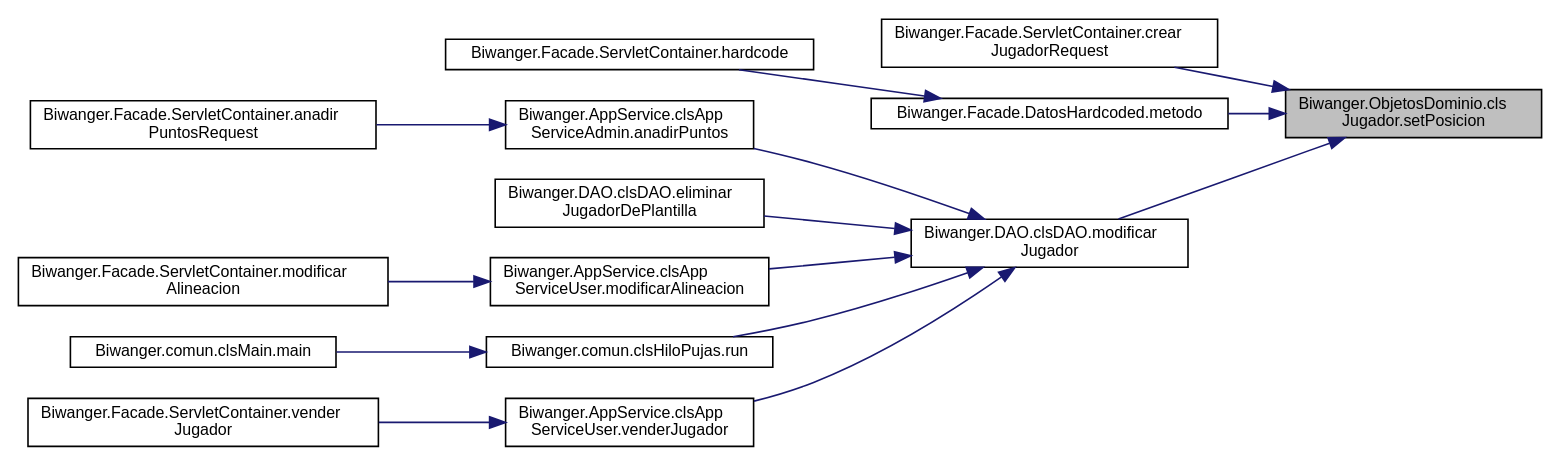
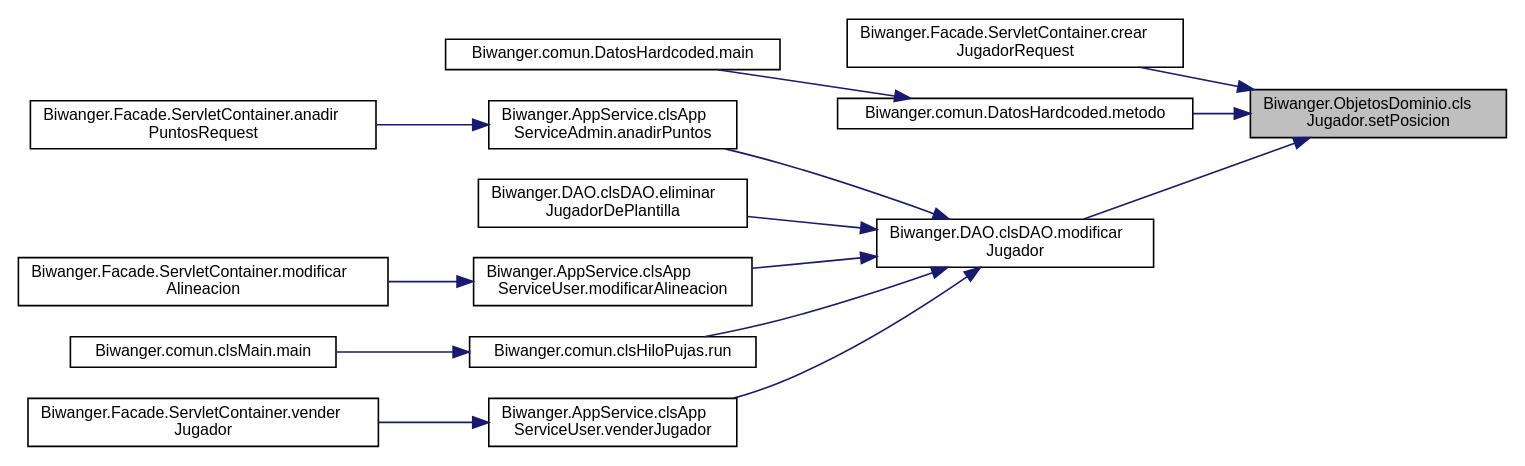
One commit to nagorecb/BiwangerServidor changed the diagram in docs/class_biwanger_1_1_objetos_dominio_1_1cls_jugador_a5fb2ef2b2c081abf6739a413073a79f2_icgraph.dot. Above: the diagram before and after it, drawn with Graphviz. The commit also changed 162 other files, not shown here.

```diff
--- a/docs/class_biwanger_1_1_objetos_dominio_1_1cls_jugador_a5fb2ef2b2c081abf6739a413073a79f2_icgraph.dot
+++ b/docs/class_biwanger_1_1_objetos_dominio_1_1cls_jugador_a5fb2ef2b2c081abf6739a413073a79f2_icgraph.dot
@@ -1,34 +1,34 @@
 digraph "Biwanger.ObjetosDominio.clsJugador.setPosicion"
 {
  // LATEX_PDF_SIZE
   edge [fontname="Helvetica",fontsize="10",labelfontname="Helvetica",labelfontsize="10"];
   node [fontname="Helvetica",fontsize="10",shape=record];
   rankdir="RL";
   Node1 [label="Biwanger.ObjetosDominio.cls\lJugador.setPosicion",height=0.2,width=0.4,color="black", fillcolor="grey75", style="filled", fontcolor="black",tooltip=" "];
   Node1 -> Node2 [dir="back",color="midnightblue",fontsize="10",style="solid",fontname="Helvetica"];
   Node2 [label="Biwanger.Facade.ServletContainer.crear\lJugadorRequest",height=0.2,width=0.4,color="black", fillcolor="white", style="filled",URL="$class_biwanger_1_1_facade_1_1_servlet_container.html#a60ad3c267ac6524d219d60fafbd36b67",tooltip=" "];
   Node1 -> Node3 [dir="back",color="midnightblue",fontsize="10",style="solid",fontname="Helvetica"];
-  Node3 [label="Biwanger.Facade.DatosHardcoded.metodo",height=0.2,width=0.4,color="black", fillcolor="white", style="filled",URL="$class_biwanger_1_1_facade_1_1_datos_hardcoded.html#a8c67e5269382e658ec8c6812930863c3",tooltip=" "];
+  Node3 [label="Biwanger.comun.DatosHardcoded.metodo",height=0.2,width=0.4,color="black", fillcolor="white", style="filled",URL="$class_biwanger_1_1comun_1_1_datos_hardcoded.html#a656598ab6f5545cc285f0c162bb0dd43",tooltip=" "];
   Node3 -> Node4 [dir="back",color="midnightblue",fontsize="10",style="solid",fontname="Helvetica"];
-  Node4 [label="Biwanger.Facade.ServletContainer.hardcode",height=0.2,width=0.4,color="black", fillcolor="white", style="filled",URL="$class_biwanger_1_1_facade_1_1_servlet_container.html#adda5f1e6f6fc484c30ae7fe9fbdc6318",tooltip=" "];
+  Node4 [label="Biwanger.comun.DatosHardcoded.main",height=0.2,width=0.4,color="black", fillcolor="white", style="filled",URL="$class_biwanger_1_1comun_1_1_datos_hardcoded.html#a7c6a01b66106fabc65468cbc49c0fd64",tooltip=" "];
   Node1 -> Node5 [dir="back",color="midnightblue",fontsize="10",style="solid",fontname="Helvetica"];
   Node5 [label="Biwanger.DAO.clsDAO.modificar\lJugador",height=0.2,width=0.4,color="black", fillcolor="white", style="filled",URL="$class_biwanger_1_1_d_a_o_1_1cls_d_a_o.html#a0b0abb6047254b917a1527955f1668e7",tooltip=" "];
   Node5 -> Node6 [dir="back",color="midnightblue",fontsize="10",style="solid",fontname="Helvetica"];
   Node6 [label="Biwanger.AppService.clsApp\lServiceAdmin.anadirPuntos",height=0.2,width=0.4,color="black", fillcolor="white", style="filled",URL="$class_biwanger_1_1_app_service_1_1cls_app_service_admin.html#a2c801a4ec68d39ed93d44b260272d49d",tooltip=" "];
   Node6 -> Node7 [dir="back",color="midnightblue",fontsize="10",style="solid",fontname="Helvetica"];
   Node7 [label="Biwanger.Facade.ServletContainer.anadir\lPuntosRequest",height=0.2,width=0.4,color="black", fillcolor="white", style="filled",URL="$class_biwanger_1_1_facade_1_1_servlet_container.html#ac6cc756415f934e374bdd146d6901266",tooltip=" "];
   Node5 -> Node8 [dir="back",color="midnightblue",fontsize="10",style="solid",fontname="Helvetica"];
   Node8 [label="Biwanger.DAO.clsDAO.eliminar\lJugadorDePlantilla",height=0.2,width=0.4,color="black", fillcolor="white", style="filled",URL="$class_biwanger_1_1_d_a_o_1_1cls_d_a_o.html#a1d722e9a03fff06cadda3142fea1430c",tooltip=" "];
   Node5 -> Node9 [dir="back",color="midnightblue",fontsize="10",style="solid",fontname="Helvetica"];
   Node9 [label="Biwanger.AppService.clsApp\lServiceUser.modificarAlineacion",height=0.2,width=0.4,color="black", fillcolor="white", style="filled",URL="$class_biwanger_1_1_app_service_1_1cls_app_service_user.html#a425dda4e33a85cec2b23f7e0c7f0eb7c",tooltip=" "];
   Node9 -> Node10 [dir="back",color="midnightblue",fontsize="10",style="solid",fontname="Helvetica"];
   Node10 [label="Biwanger.Facade.ServletContainer.modificar\lAlineacion",height=0.2,width=0.4,color="black", fillcolor="white", style="filled",URL="$class_biwanger_1_1_facade_1_1_servlet_container.html#aa4b67ad890668577487de568096f63de",tooltip=" "];
   Node5 -> Node11 [dir="back",color="midnightblue",fontsize="10",style="solid",fontname="Helvetica"];
   Node11 [label="Biwanger.comun.clsHiloPujas.run",height=0.2,width=0.4,color="black", fillcolor="white", style="filled",URL="$class_biwanger_1_1comun_1_1cls_hilo_pujas.html#a1081eef132d091c12bb08bf1eb2db1c1",tooltip=" "];
   Node11 -> Node12 [dir="back",color="midnightblue",fontsize="10",style="solid",fontname="Helvetica"];
   Node12 [label="Biwanger.comun.clsMain.main",height=0.2,width=0.4,color="black", fillcolor="white", style="filled",URL="$class_biwanger_1_1comun_1_1cls_main.html#a09e0032f856ff2123925717cef2db994",tooltip=" "];
   Node5 -> Node13 [dir="back",color="midnightblue",fontsize="10",style="solid",fontname="Helvetica"];
   Node13 [label="Biwanger.AppService.clsApp\lServiceUser.venderJugador",height=0.2,width=0.4,color="black", fillcolor="white", style="filled",URL="$class_biwanger_1_1_app_service_1_1cls_app_service_user.html#afb04e72d55b45c091a6bebda6ea1ab82",tooltip=" "];
   Node13 -> Node14 [dir="back",color="midnightblue",fontsize="10",style="solid",fontname="Helvetica"];
   Node14 [label="Biwanger.Facade.ServletContainer.vender\lJugador",height=0.2,width=0.4,color="black", fillcolor="white", style="filled",URL="$class_biwanger_1_1_facade_1_1_servlet_container.html#a43fee37e057cb8e69b20b0dd4d7c12c4",tooltip=" "];
 }
```
